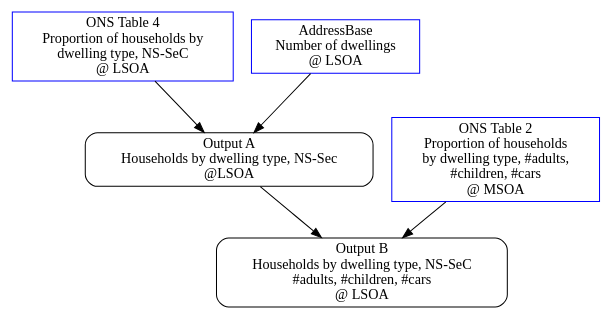
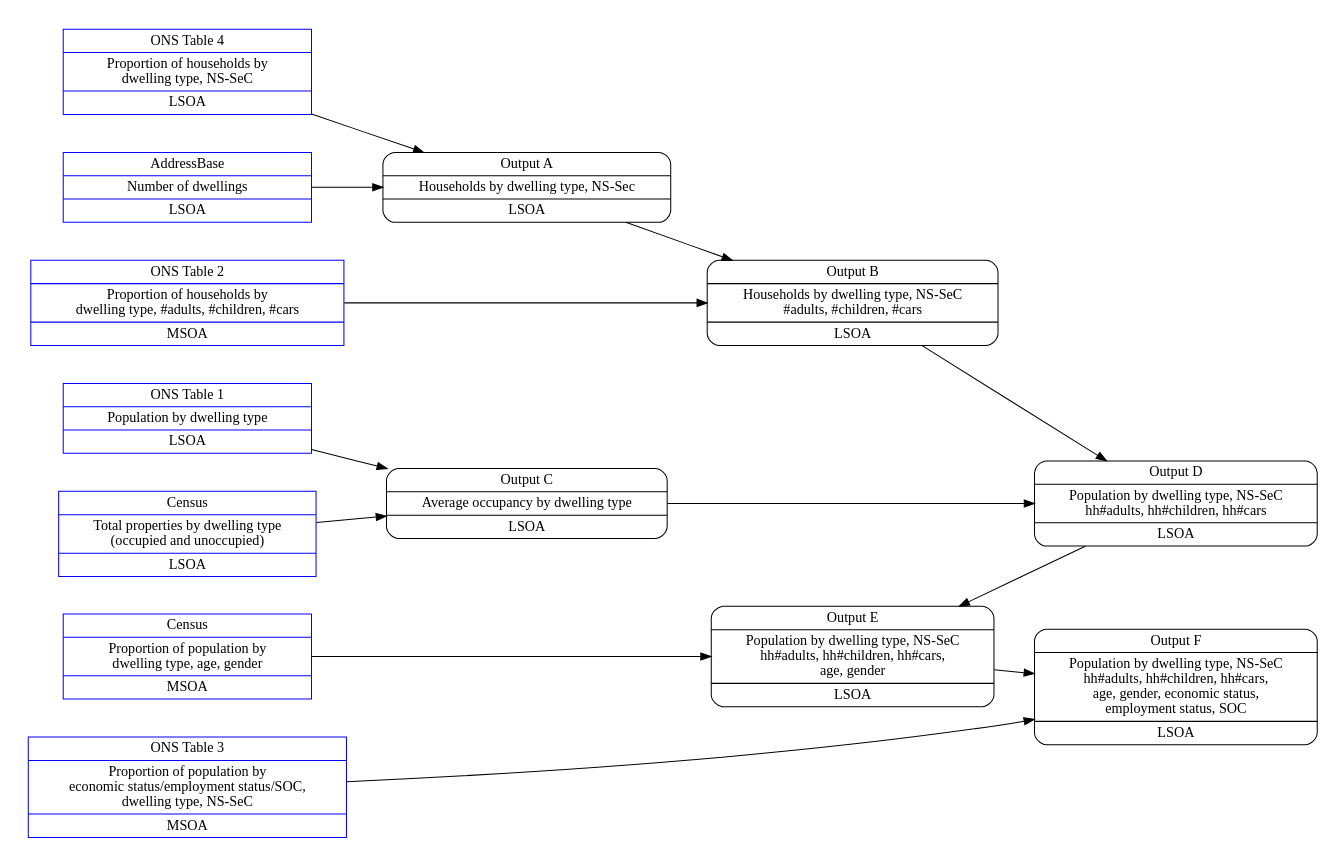
One commit to asongtoruin/Land-Use changed the diagram in docs/base_model_structure.rst. Above: the diagram before and after it, drawn with Graphviz.

Commit message:
Expand population base model structure diagram

```diff
--- a/docs/base_model_structure.rst
+++ b/docs/base_model_structure.rst
@@ -9,19 +9,49 @@
 .. graphviz::
 
-   digraph G { 
-       node [shape=rectangle, color=blue]
-           table_4 [label="ONS Table 4\nProportion of households by\ndwelling type, NS-SeC\n@ LSOA"];
-           addressbase [label="AddressBase\nNumber of dwellings\n@ LSOA"];
-           table_2 [label="ONS Table 2\nProportion of households\nby dwelling type, #adults,\n#children, #cars\n@ MSOA"];
-           
-       node [style=rounded, color=black]
-           output_a [label="Output A\nHouseholds by dwelling type, NS-Sec\n@LSOA"];
-           output_b [label="Output B\nHouseholds by dwelling type, NS-SeC\n#adults, #children, #cars\n@ LSOA"];
-           
-           
-           
-       table_4 -> output_a;
-       addressbase -> output_a;
-       output_a -> output_b;
-       table_2 -> output_b
-   }
+    digraph G { 
+        rankdir="LR"
+        nodesep=0.5
+        node [shape=record, color=blue width=3.4]
+            subgraph cluster_inputs{
+                peripheries=0
+                rank="same"
+                addressbase [label="AddressBase|Number of dwellings|LSOA"];
+                
+                census_dwellings [label="Census|Total properties by dwelling type\n(occupied and unoccupied)|LSOA"]
+                age_gender [label="Census|Proportion of population by\ndwelling type, age, gender|MSOA"]
+                
+                table_1 [label="ONS Table 1|Population by dwelling type|LSOA"];
+                table_2 [label="ONS Table 2|Proportion of households by\ndwelling type, #adults, #children, #cars|MSOA"];
+                table_3 [label="ONS Table 3|Proportion of population by\neconomic status/employment status/SOC,\ndwelling type, NS-SeC|MSOA"];
+                table_4 [label="ONS Table 4|Proportion of households by\ndwelling type, NS-SeC|LSOA"];
+            }
+            
+        node [style=rounded, color=black]
+            output_a [label="Output A|Households by dwelling type, NS-Sec|LSOA"];
+            output_b [label="Output B|Households by dwelling type, NS-SeC\n#adults, #children, #cars|LSOA"];
+            output_c [label="Output C|Average occupancy by dwelling type|LSOA"];
+            output_d [label="Output D|Population by dwelling type, NS-SeC\nhh#adults, hh#children, hh#cars|LSOA"];
+            output_e [label="Output E|Population by dwelling type, NS-SeC\nhh#adults, hh#children, hh#cars,\nage, gender|LSOA"];
+            output_f [label="Output F|Population by dwelling type, NS-SeC\nhh#adults, hh#children, hh#cars,\nage, gender, economic status,\nemployment status, SOC|LSOA"];
+            
+            {rank="same" output_a output_c}
+            {rank="same" output_b output_e}
+            {rank="same" output_d output_f}
+            
+        table_4 -> output_a;
+        addressbase -> output_a;
+        output_a -> output_b;
+        table_2 -> output_b
+        
+        census_dwellings -> output_c;   
+        table_1 -> output_c;
+        
+        output_b -> output_d;
+        output_c -> output_d;
+        
+        age_gender -> output_e;
+        output_d -> output_e;
+        
+        table_3 -> output_f;
+        output_e -> output_f;
+    }
```
